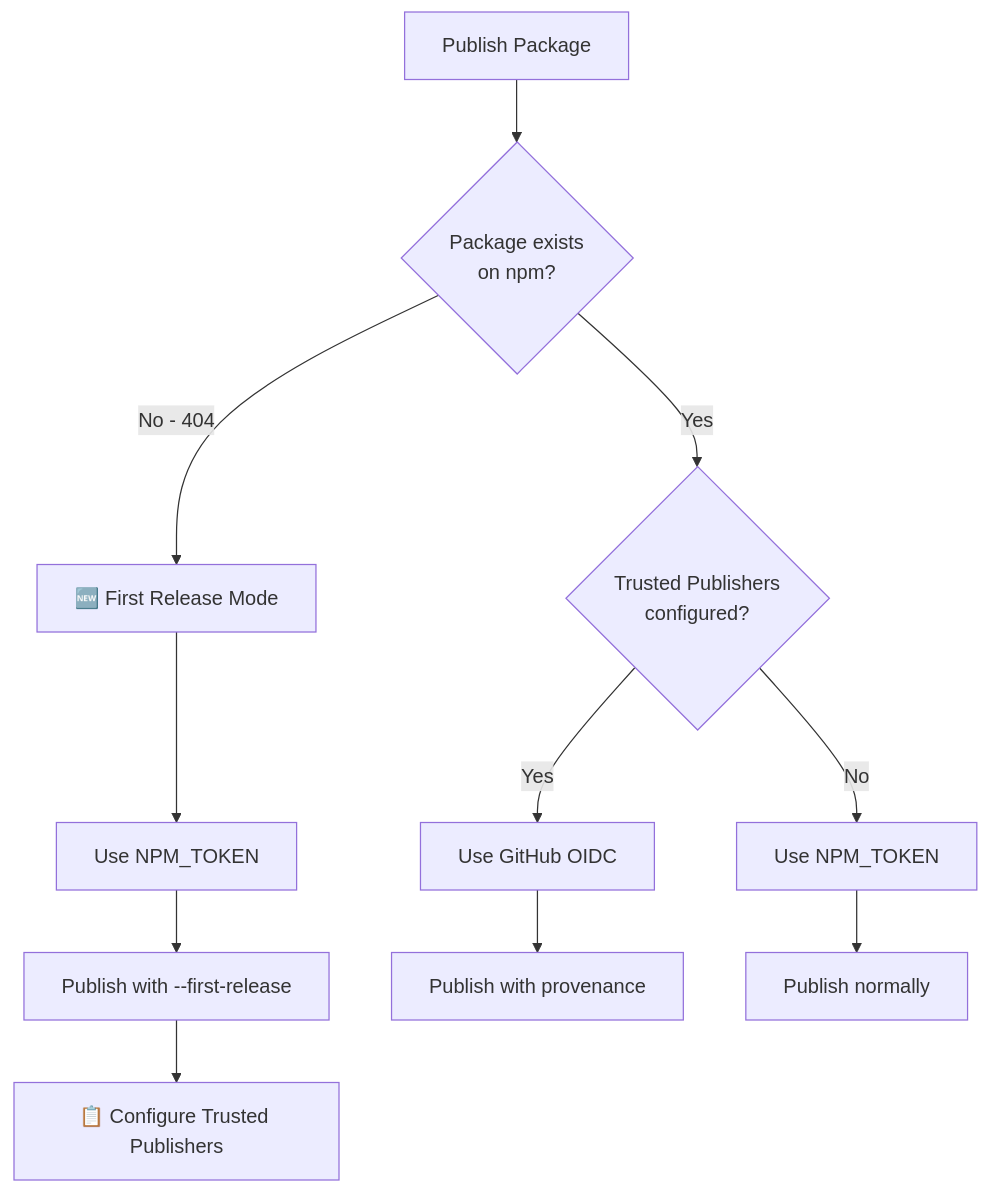
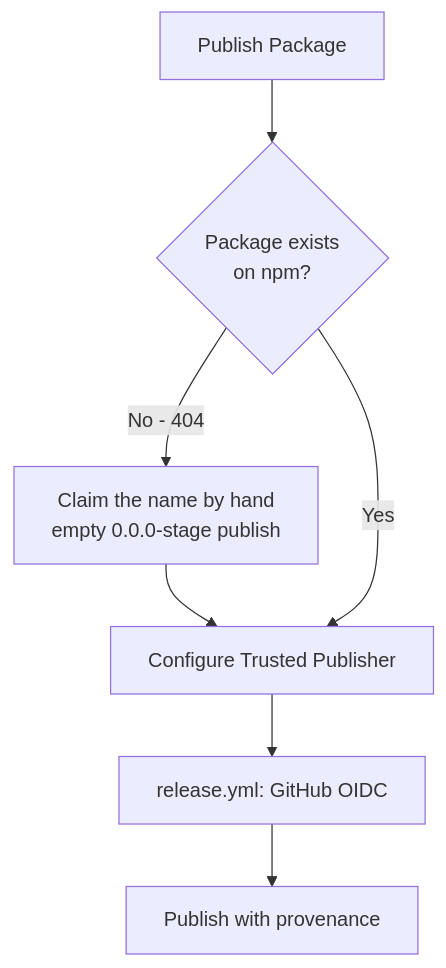
Before and after one commit to ofri-peretz/eslint: the diagram in .github/docs/NPM_AUTHENTICATION.md, drawn with Mermaid. The commit also changed other lines of this file and 13 other files, not shown here.

````diff
--- a/.github/docs/NPM_AUTHENTICATION.md
+++ b/.github/docs/NPM_AUTHENTICATION.md
@@ -22,17 +15,9 @@
 ```mermaid
 flowchart TD
     START[Publish Package] --> CHECK{Package exists<br>on npm?}
-
-    CHECK -->|No - 404| FIRST[🆕 First Release Mode]
-    CHECK -->|Yes| TRUSTED{Trusted Publishers<br>configured?}
-
-    FIRST --> TOKEN[Use NPM_TOKEN]
-    TOKEN --> PUBLISH1[Publish with --first-release]
-    PUBLISH1 --> SETUP[📋 Configure Trusted Publishers]
-
-    TRUSTED -->|Yes| OIDC[Use GitHub OIDC]
-    TRUSTED -->|No| TOKEN2[Use NPM_TOKEN]
-
-    OIDC --> PUBLISH2[Publish with provenance]
-    TOKEN2 --> PUBLISH3[Publish normally]
+    CHECK -->|No - 404| CLAIM[Claim the name by hand<br>empty 0.0.0-stage publish]
+    CLAIM --> TP[Configure Trusted Publisher]
+    CHECK -->|Yes| TP
+    TP --> OIDC[release.yml: GitHub OIDC]
+    OIDC --> PUBLISH[Publish with provenance]
 ```
````
